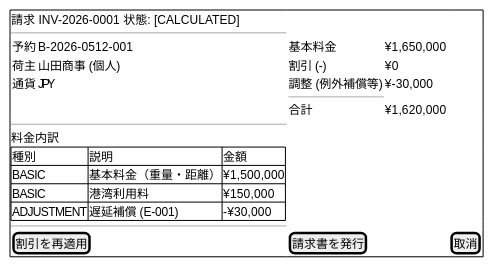
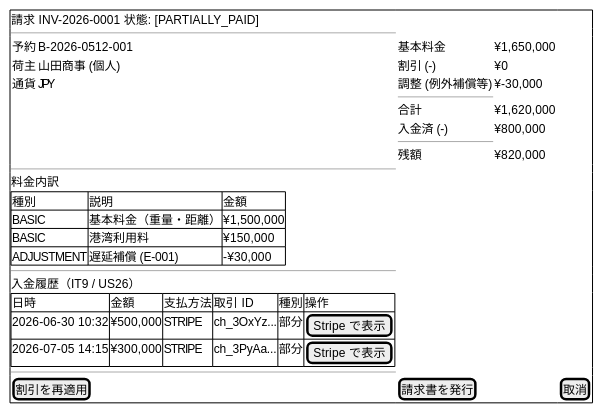
Diagram 23 of 25 in docs/design/ui_design.md (k2works/case-study-cargo-tracker), drawn with PlantUML before and after one commit. The commit also changed other lines of this file and 2 other files, not shown here.

````diff
--- a/docs/design/ui_design.md
+++ b/docs/design/ui_design.md
@@ -935,30 +947,40 @@
 ```plantuml
 @startsalt
 {+
-  請求 INV-2026-0001  状態: [CALCULATED]
+  請求 INV-2026-0001  状態: [PARTIALLY_PAID]
   ---
   {
     予約 | B-2026-0512-001
     荷主 | 山田商事 (個人)
     通貨 | JPY
   } |
   {
     基本料金 | ¥1,650,000
     割引 (-) | ¥0
     調整 (例外補償等) | ¥-30,000
     ----
     合計 | ¥1,620,000
+    入金済 (-) | ¥800,000
+    ----
+    残額 | ¥820,000
   }
   ---
   料金内訳
   {#
     種別 | 説明 | 金額
     BASIC | 基本料金（重量・距離） | ¥1,500,000
     BASIC | 港湾利用料 | ¥150,000
     ADJUSTMENT | 遅延補償 (E-001) | -¥30,000
   }
   ---
+  入金履歴（IT9 / US26）
+  {#
+    日時 | 金額 | 支払方法 | 取引 ID | 種別 | 操作
+    2026-06-30 10:32 | ¥500,000 | STRIPE | ch_3OxYz... | 部分 | [Stripe で表示]
+    2026-07-05 14:15 | ¥300,000 | STRIPE | ch_3PyAa... | 部分 | [Stripe で表示]
+  }
+  ---
   [割引を再適用] | [請求書を発行] | [取消]
 }
 @endsalt
 ```
````
